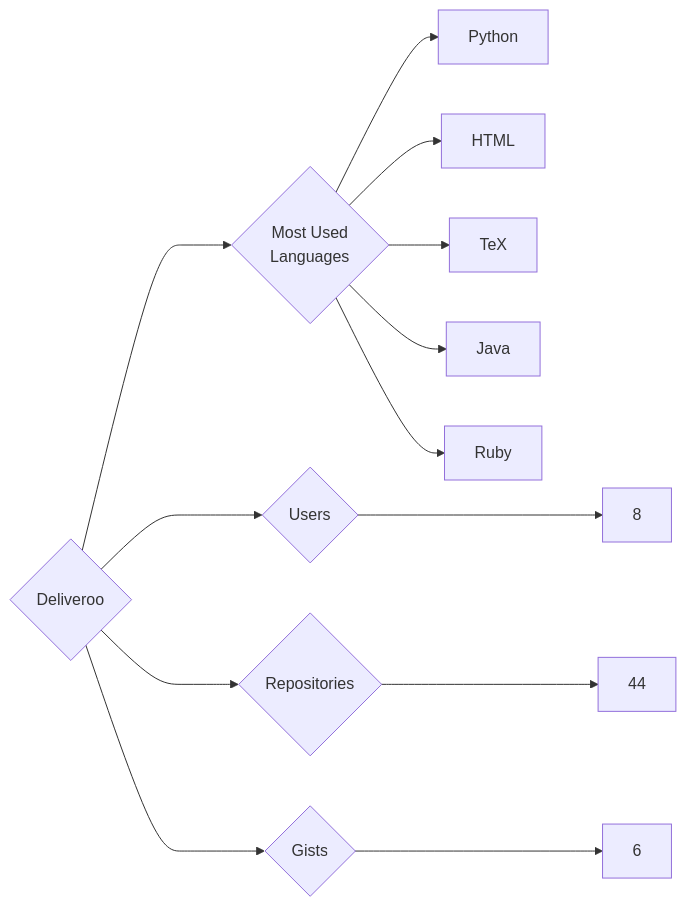
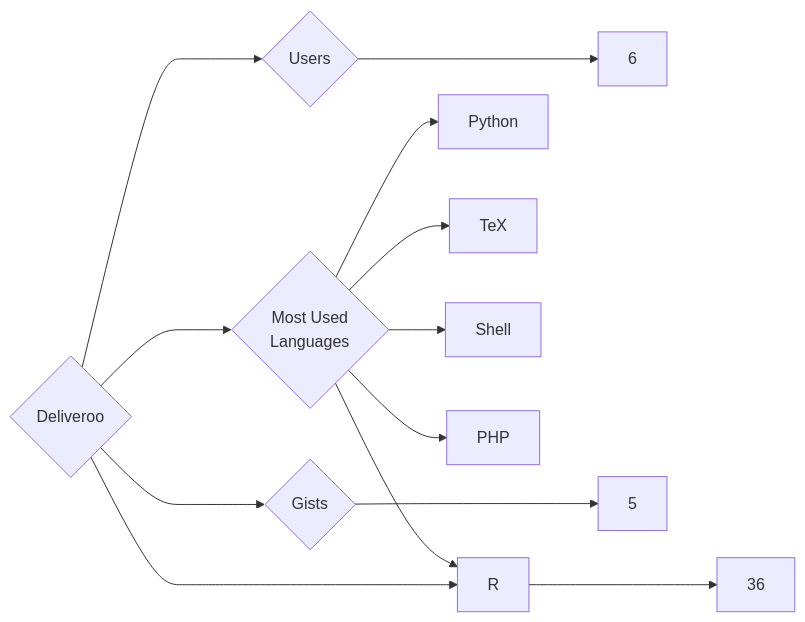
Before and after one commit to trickest/insiders: the diagram in targets/Deliveroo/README.md, drawn with Mermaid. The commit also changed 1175 other files, not shown here.

````diff
--- a/targets/Deliveroo/README.md
+++ b/targets/Deliveroo/README.md
@@ -3,13 +3,13 @@
 ```mermaid
 graph LR
 COMPANY_NAME{Deliveroo}
-COMPANY_NAME ---> U{Users} ---> UN[8]
-COMPANY_NAME ---> R{Repositories} ---> RN[44]
-COMPANY_NAME ---> G{Gists} ---> GN[6]
+COMPANY_NAME ---> U{Users} ---> UN[6]
+COMPANY_NAME ---> R{Repositories} ---> RN[36]
+COMPANY_NAME ---> G{Gists} ---> GN[5]
 COMPANY_NAME ---> ML{Most Used<br>Languages}
 ML --> Python[Python]
-ML --> HTML[HTML]
 ML --> TeX[TeX]
-ML --> Java[Java]
-ML --> Ruby[Ruby]
+ML --> R[R]
+ML --> Shell[Shell]
+ML --> PHP[PHP]
 ```
````
